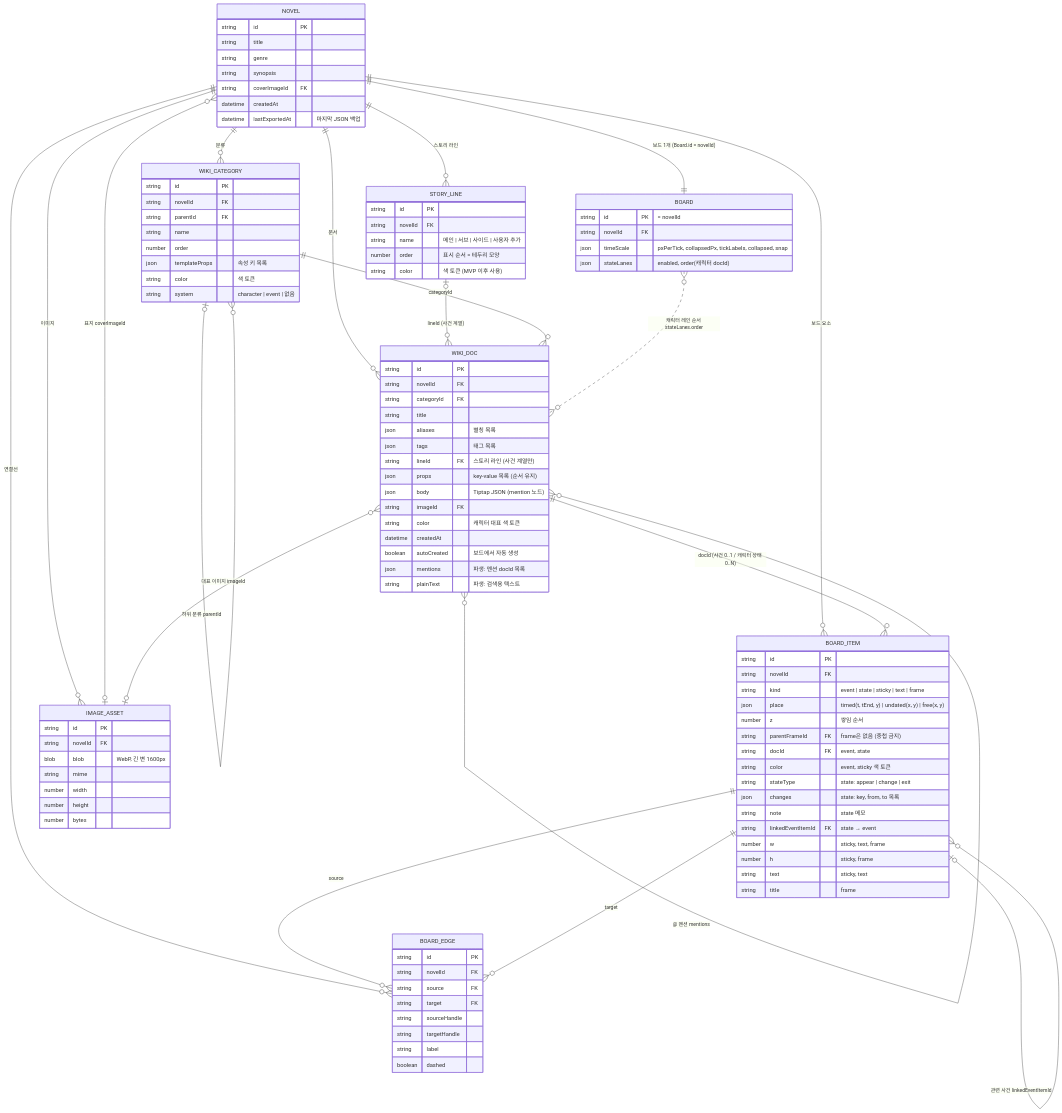
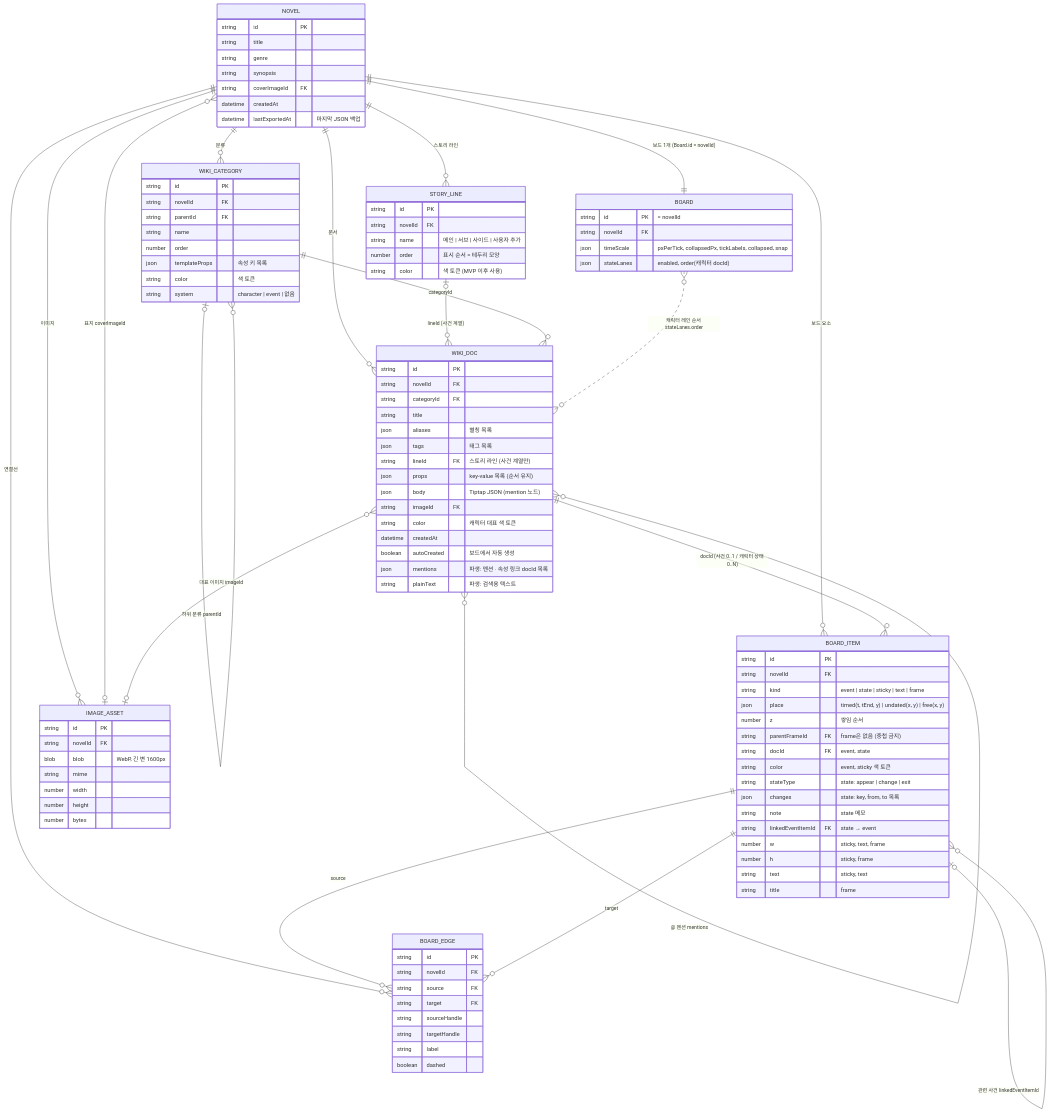
One commit to kty2001/NovelStory changed the first of 3 diagrams in docs/design/erd.md. Above: the diagram before and after it, drawn with Mermaid. The commit also changed other lines of this file and 30 other files, not shown here.

```diff
--- a/docs/design/erd.md
+++ b/docs/design/erd.md
@@ -87,7 +87,7 @@
         string color "캐릭터 대표 색 토큰"
         datetime createdAt
         boolean autoCreated "보드에서 자동 생성"
-        json mentions "파생: 멘션 docId 목록"
+        json mentions "파생: 멘션 · 속성 링크 docId 목록"
         string plainText "파생: 검색용 텍스트"
     }
     BOARD_ITEM {
```
